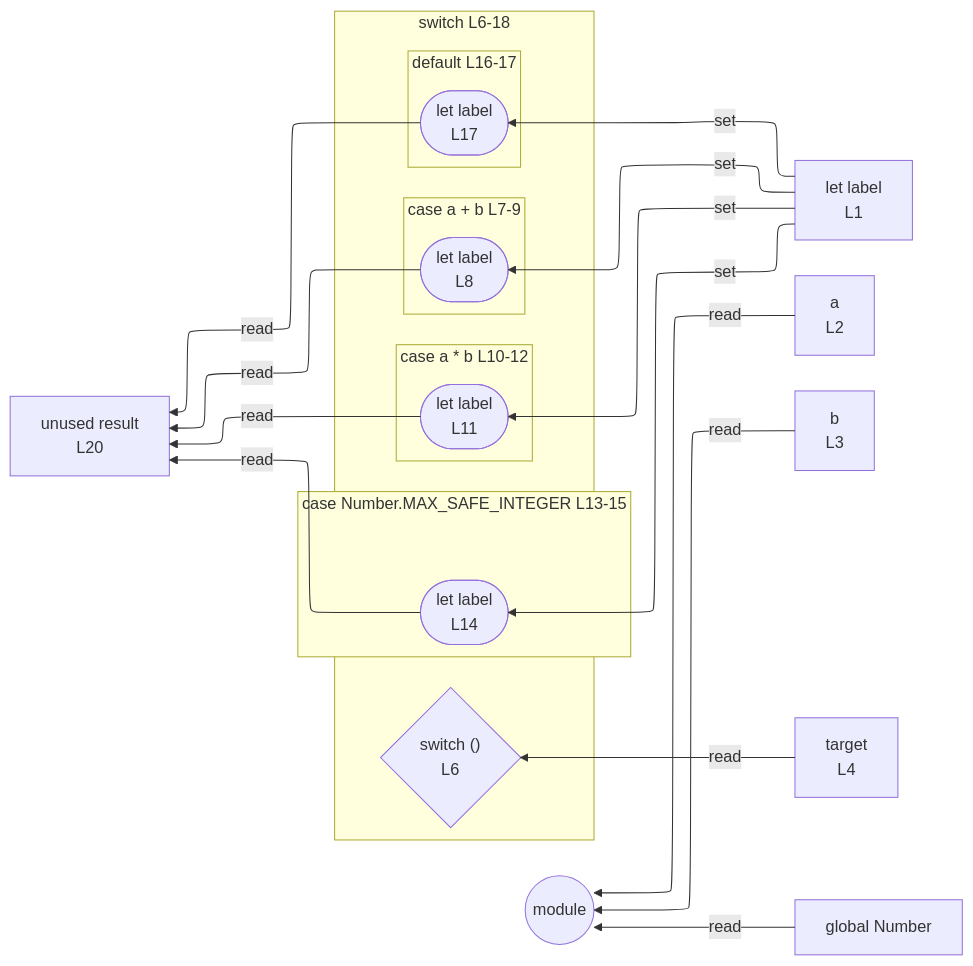
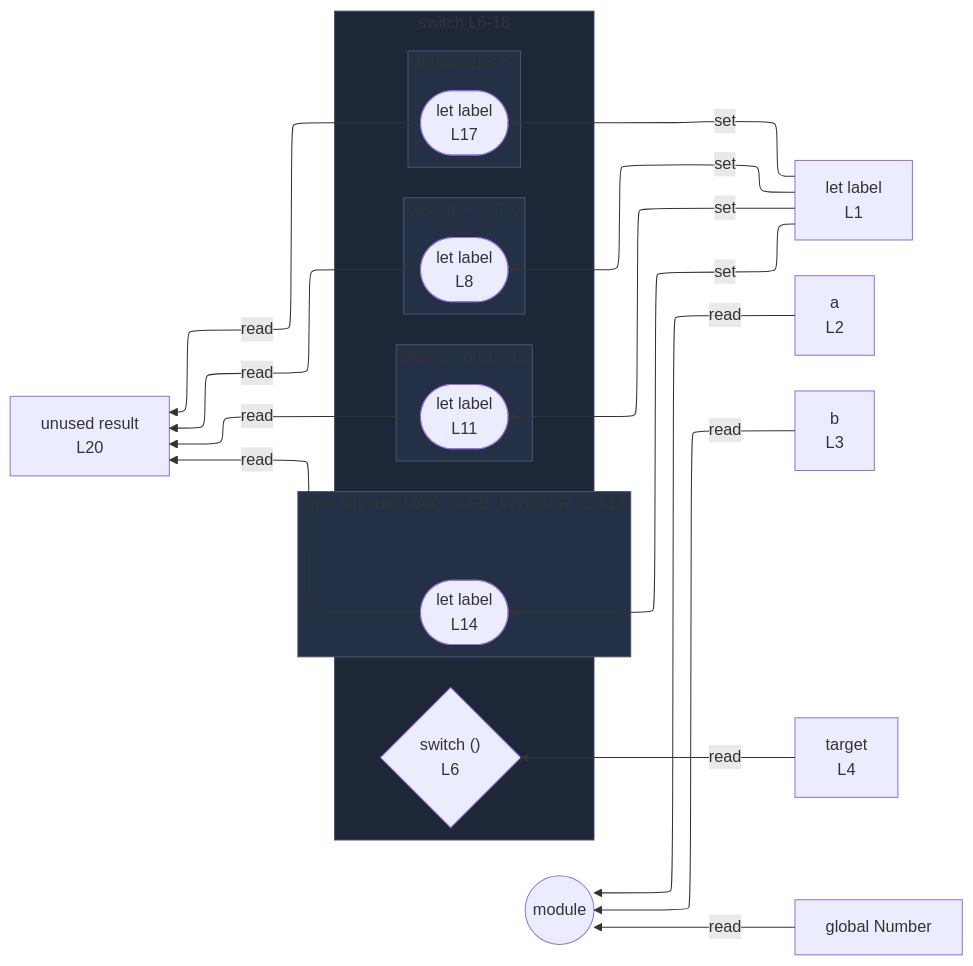
One commit to crescware/unsnarl changed the diagram in integration/fixtures/switch-statement/expression/preview.md. Above: the diagram before and after it, drawn with Mermaid. The commit also changed 249 other files, not shown here.

First line of the commit message:
Color Mermaid subgraphs by nesting depth via theme palette

````diff
--- a/integration/fixtures/switch-statement/expression/preview.md
+++ b/integration/fixtures/switch-statement/expression/preview.md
@@ -30,43 +30,50 @@
 ```mermaid
 %%{init: {"flowchart": {"defaultRenderer": "elk"}}}%%
 flowchart RL
   n_scope_0_label_4["let label<br/>L1"]
   n_scope_0_a_22["a<br/>L2"]
   n_scope_0_b_35["b<br/>L3"]
   n_scope_0_target_48["target<br/>L4"]
   n_scope_0_result_304["unused result<br/>L20"]
   n_scope_0_Number_178["global Number"]
   subgraph s_scope_1["switch L6-18"]
     direction RL
     switch_discriminant_scope_0_61{"switch ()<br/>L6"}
     subgraph s_scope_2["case a + b L7-9"]
       direction RL
       wr_ref_7(["let label<br/>L8"])
     end
     subgraph s_scope_3["case a * b L10-12"]
       direction RL
       wr_ref_10(["let label<br/>L11"])
     end
     subgraph s_scope_4["case Number.MAX_SAFE_INTEGER L13-15"]
       direction RL
       wr_ref_12(["let label<br/>L14"])
     end
     subgraph s_scope_5["default L16-17"]
       direction RL
       wr_ref_13(["let label<br/>L17"])
     end
   end
   n_scope_0_label_4 -->|set| wr_ref_7
   n_scope_0_label_4 -->|set| wr_ref_10
   n_scope_0_label_4 -->|set| wr_ref_12
   n_scope_0_label_4 -->|set| wr_ref_13
   n_scope_0_target_48 -->|read| switch_discriminant_scope_0_61
   n_scope_0_a_22 -->|read| module_root
   n_scope_0_b_35 -->|read| module_root
   n_scope_0_Number_178 -->|read| module_root
   wr_ref_7 -->|read| n_scope_0_result_304
   wr_ref_10 -->|read| n_scope_0_result_304
   wr_ref_12 -->|read| n_scope_0_result_304
   wr_ref_13 -->|read| n_scope_0_result_304
   module_root((module))
+  classDef nestL1 fill:#1e2738,stroke:#3d4a63;
+  class s_scope_1 nestL1;
+  classDef nestL2 fill:#233045,stroke:#475670;
+  class s_scope_2 nestL2;
+  class s_scope_3 nestL2;
+  class s_scope_4 nestL2;
+  class s_scope_5 nestL2;
 ```
````
